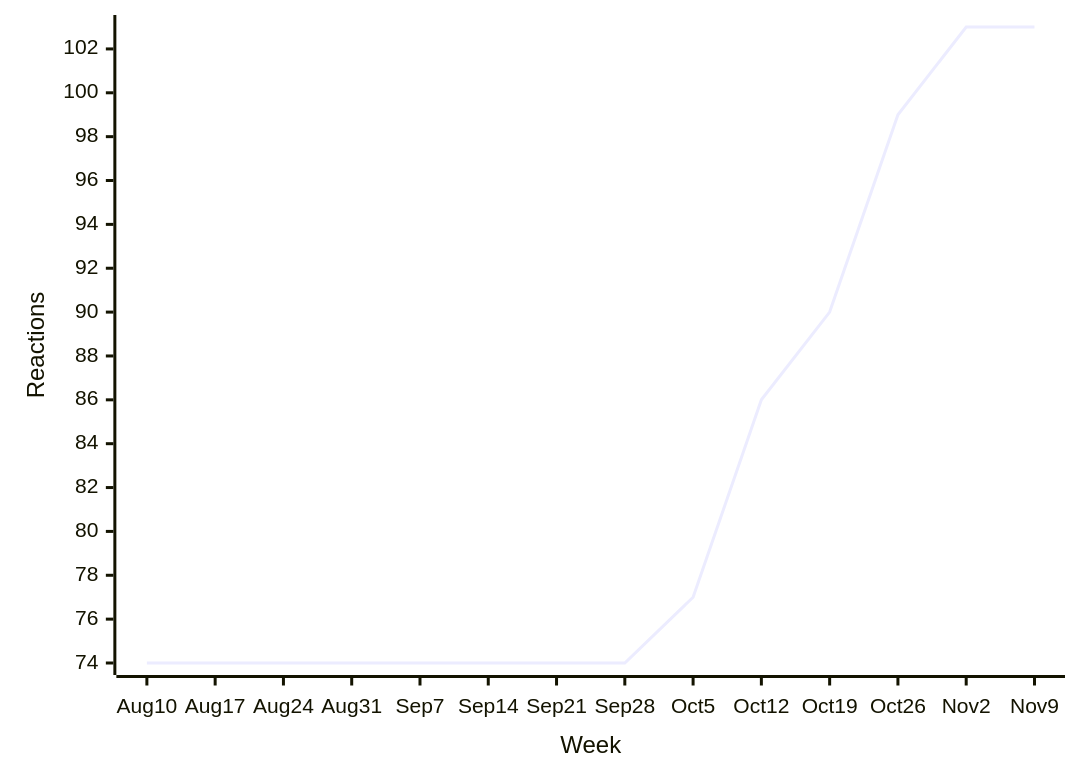
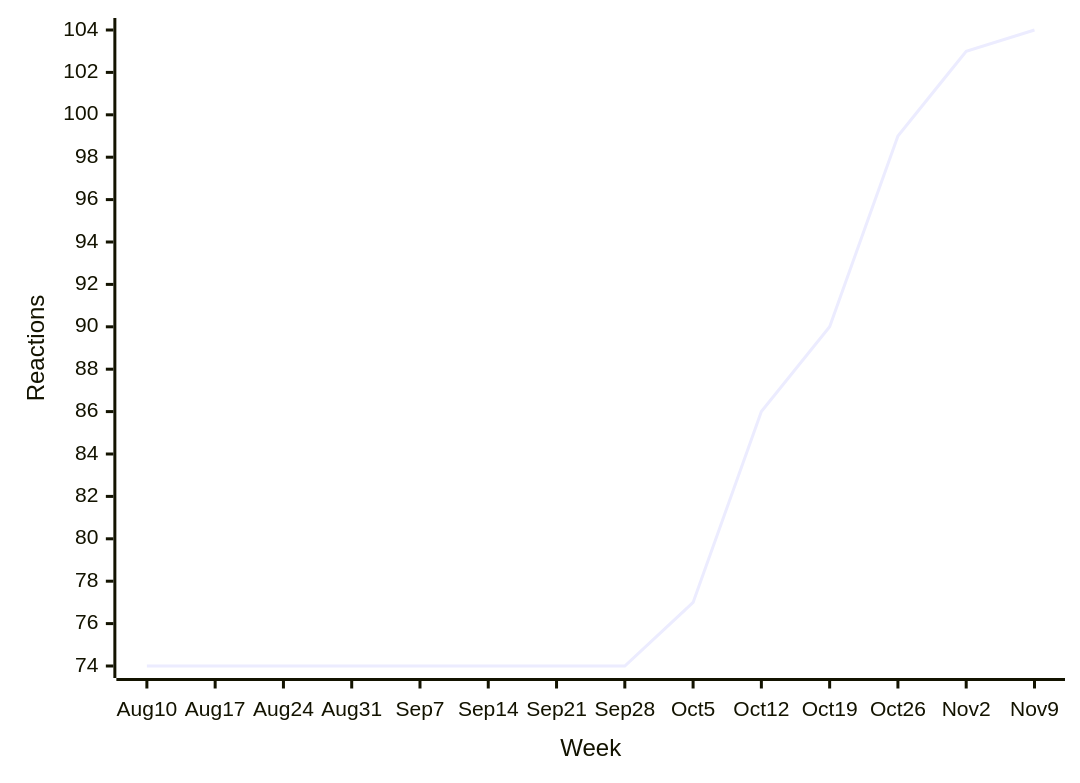
The second of 39 diagrams in README.md (loic-sharma/github-insights), drawn with Mermaid before and after one commit. The commit also changed other lines of this file and 3 other files, not shown here.

````diff
--- a/README.md
+++ b/README.md
@@ -341,6 +341,6 @@
   ```mermaid
   xychart-beta
     x-axis "Week" [Aug 10, Aug 17, Aug 24, Aug 31, Sep 7, Sep 14, Sep 21, Sep 28, Oct 5, Oct 12, Oct 19, Oct 26, Nov 2, Nov 9]
     y-axis "Reactions"
-    line [74, 74, 74, 74, 74, 74, 74, 74, 77, 86, 90, 99, 103, 103]
+    line [74, 74, 74, 74, 74, 74, 74, 74, 77, 86, 90, 99, 103, 104]
   ```
````
